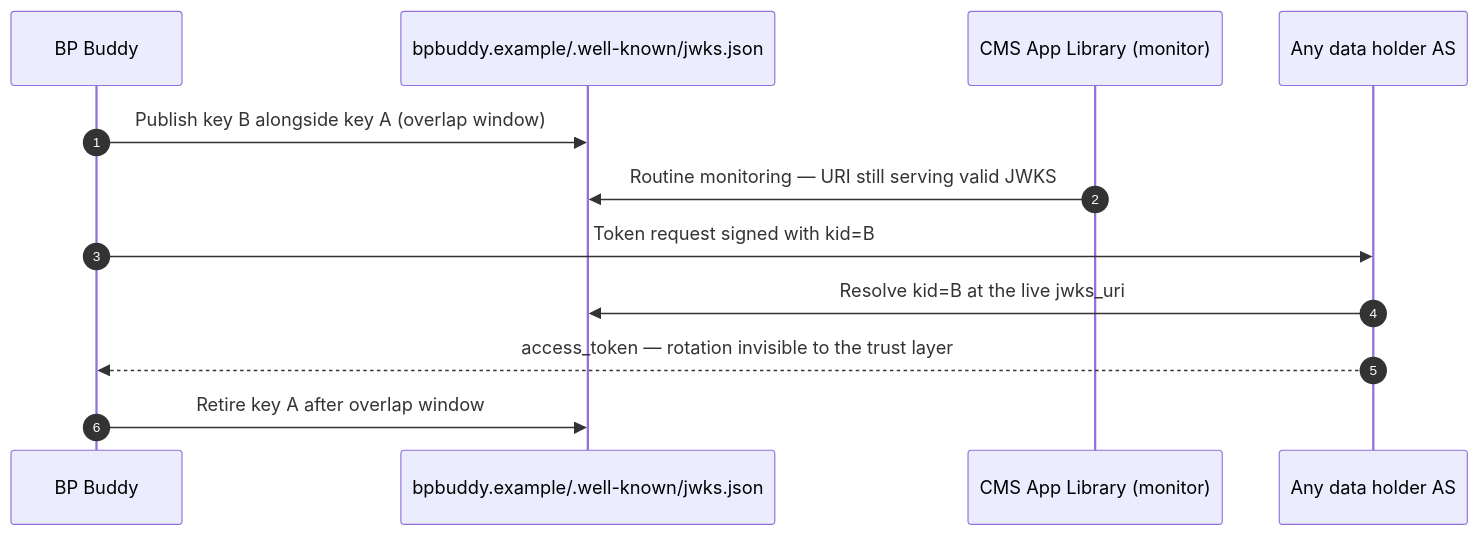
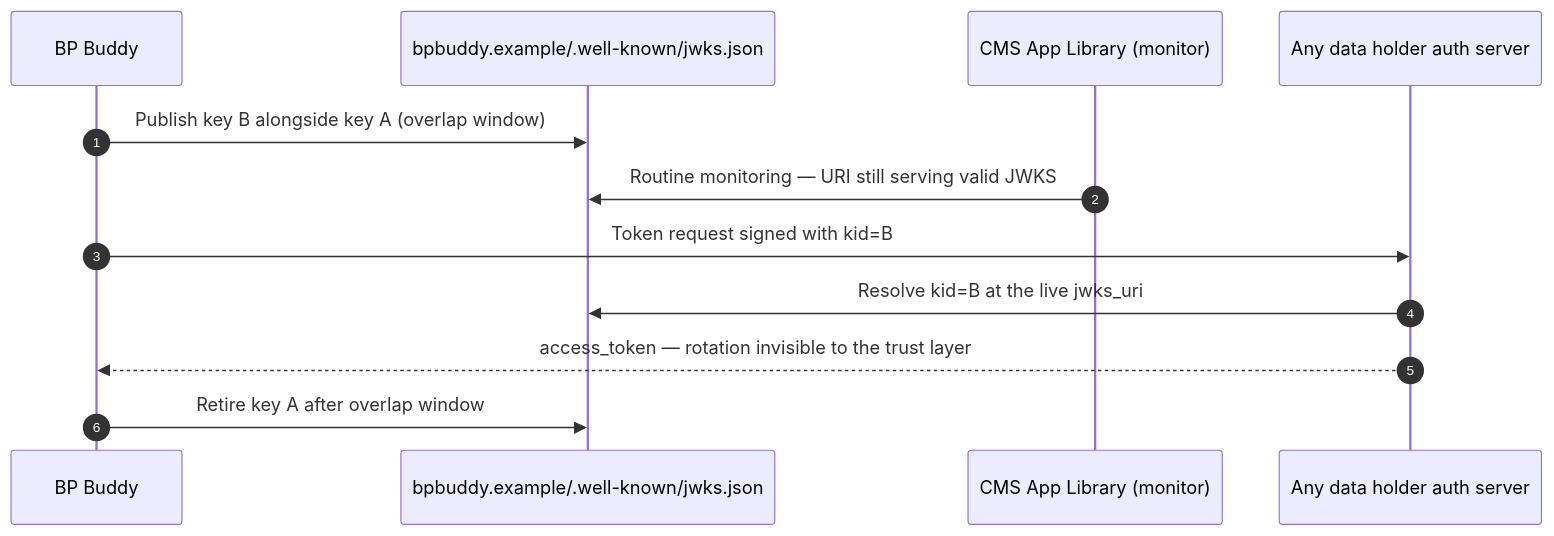
The ninth of 10 diagrams in app-connectivity-flows.md (jmandel/cms-ns), drawn with Mermaid before and after one commit. The commit also changed other lines of this file and 2 other files, not shown here.

````diff
--- a/app-connectivity-flows.md
+++ b/app-connectivity-flows.md
@@ -231,15 +237,15 @@
 ```mermaid
 sequenceDiagram
     autonumber
     participant App as BP Buddy
     participant JWKS as bpbuddy.example/.well-known/jwks.json
     participant CMS as CMS App Library (monitor)
-    participant DH as Any data holder AS
+    participant DH as Any data holder auth server
 
     App->>JWKS: Publish key B alongside key A (overlap window)
     CMS->>JWKS: Routine monitoring — URI still serving valid JWKS
     App->>DH: Token request signed with kid=B
     DH->>JWKS: Resolve kid=B at the live jwks_uri
     DH-->>App: access_token — rotation invisible to the trust layer
     App->>JWKS: Retire key A after overlap window
 ```
````
